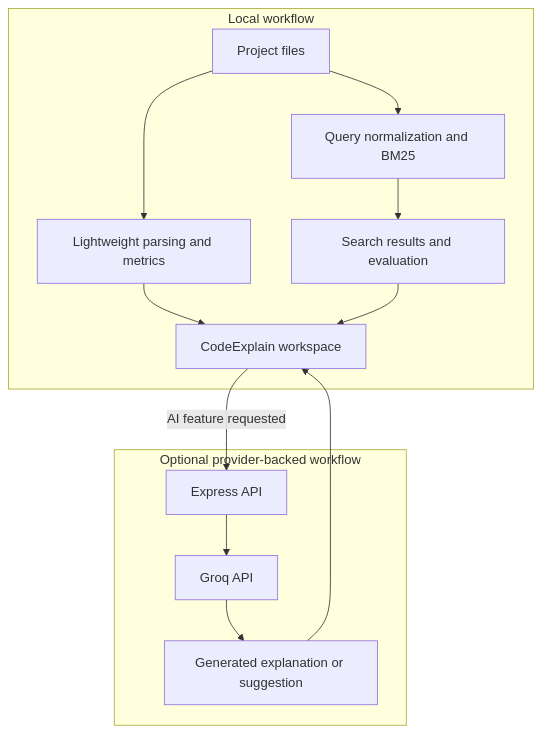
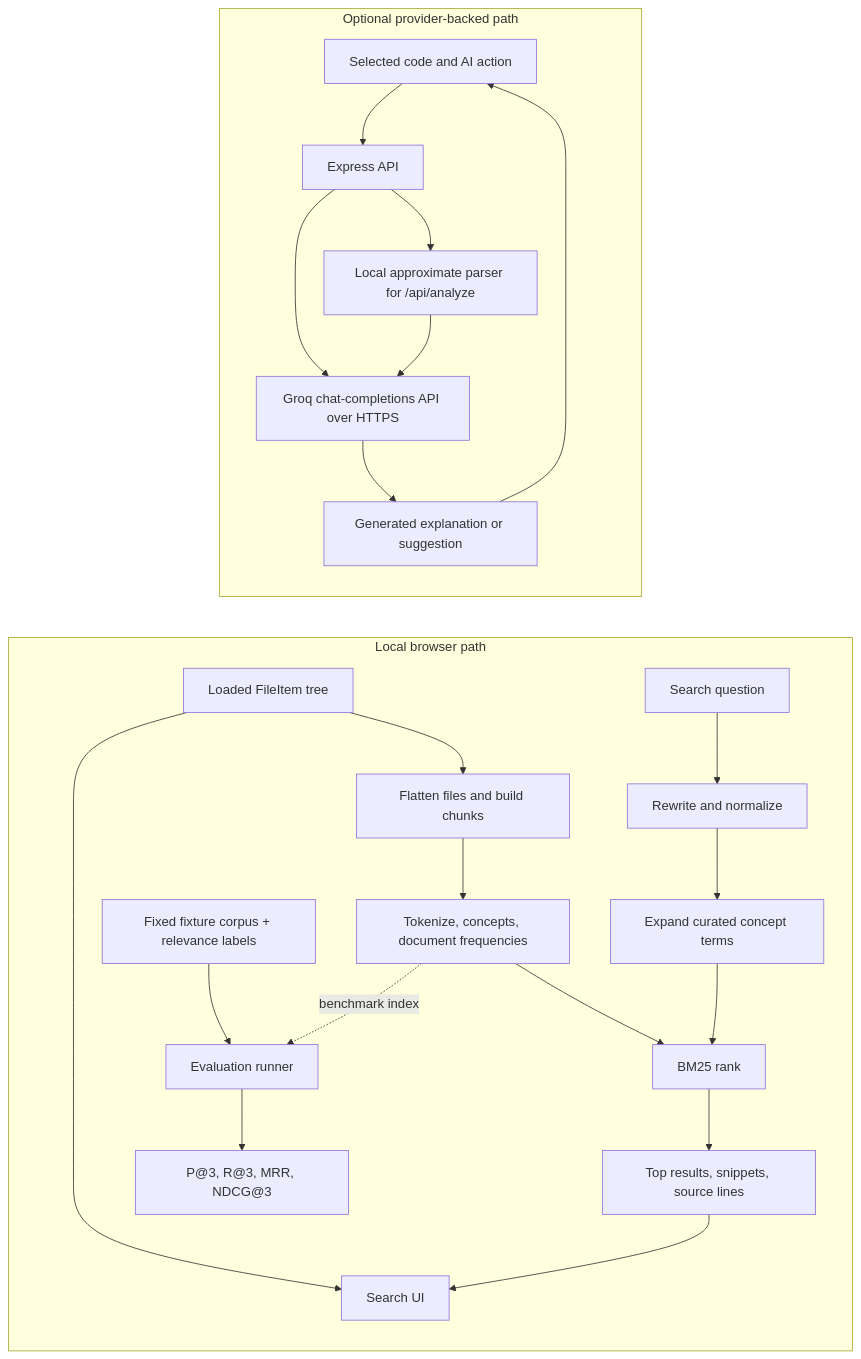
One commit to srishtipandey1/codeexplain changed the diagram in README.md. Above: the diagram before and after it, drawn with Mermaid. The commit also changed other lines of this file, not shown here.

Commit message:
docs: strengthen project README

````diff
--- a/README.md
+++ b/README.md
@@ -177,16 +31,25 @@
 ```mermaid
-flowchart TB
-    subgraph Local["Local workflow"]
-        A["Project files"] --> B["Lightweight parsing and metrics"]
-        A --> C["Query normalization and BM25"]
-        C --> D["Search results and evaluation"]
-        B --> E["CodeExplain workspace"]
-        D --> E
-    end
-    subgraph Optional["Optional provider-backed workflow"]
-        E -->|AI feature requested| F["Express API"]
-        F --> G["Groq API"]
-        G --> H["Generated explanation or suggestion"]
-        H --> E
-    end
+flowchart LR
+  subgraph Local["Local browser path"]
+    F["Loaded FileItem tree"] --> I["Flatten files and build chunks"]
+    I --> X["Tokenize, concepts, document frequencies"]
+    Q["Search question"] --> N["Rewrite and normalize"]
+    N --> E["Expand curated concept terms"]
+    X --> B["BM25 rank"]
+    E --> B
+    B --> R["Top results, snippets, source lines"]
+    F --> U["Search UI"]
+    R --> U
+    T["Fixed fixture corpus + relevance labels"] --> V["Evaluation runner"]
+    X -. benchmark index .-> V
+    V --> M["P@3, R@3, MRR, NDCG@3"]
+  end
+  subgraph Optional["Optional provider-backed path"]
+    W["Selected code and AI action"] --> A["Express API"]
+    A --> P["Local approximate parser for /api/analyze"]
+    A --> G["Groq chat-completions API over HTTPS"]
+    P --> G
+    G --> O["Generated explanation or suggestion"]
+    O --> W
+  end
 ```
````
